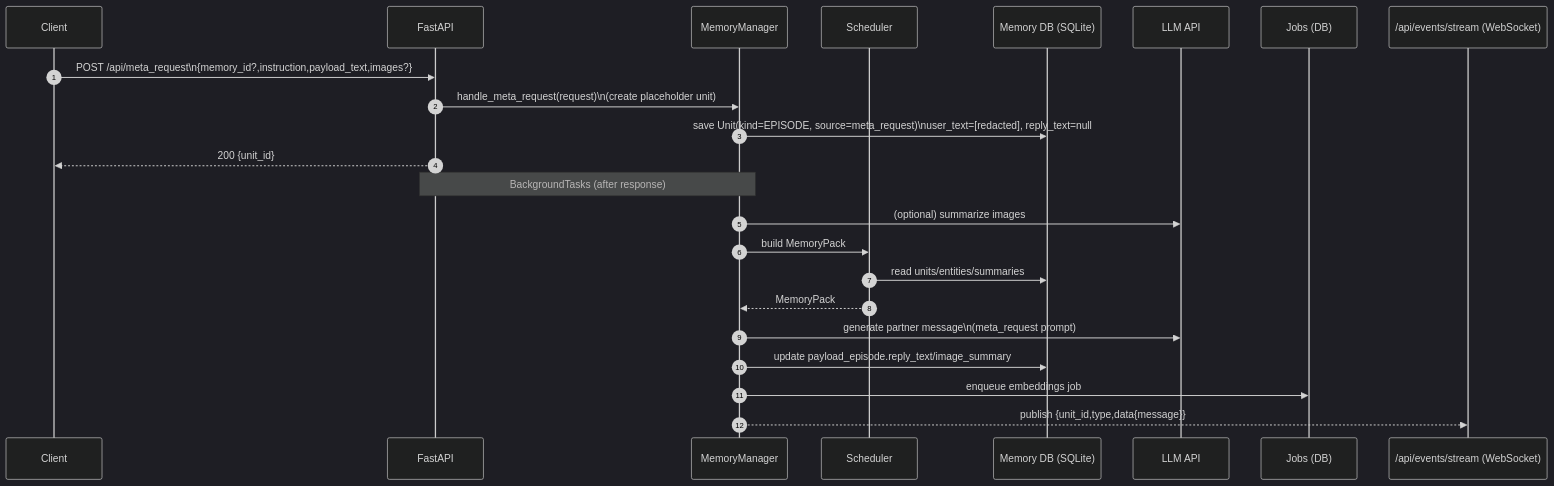
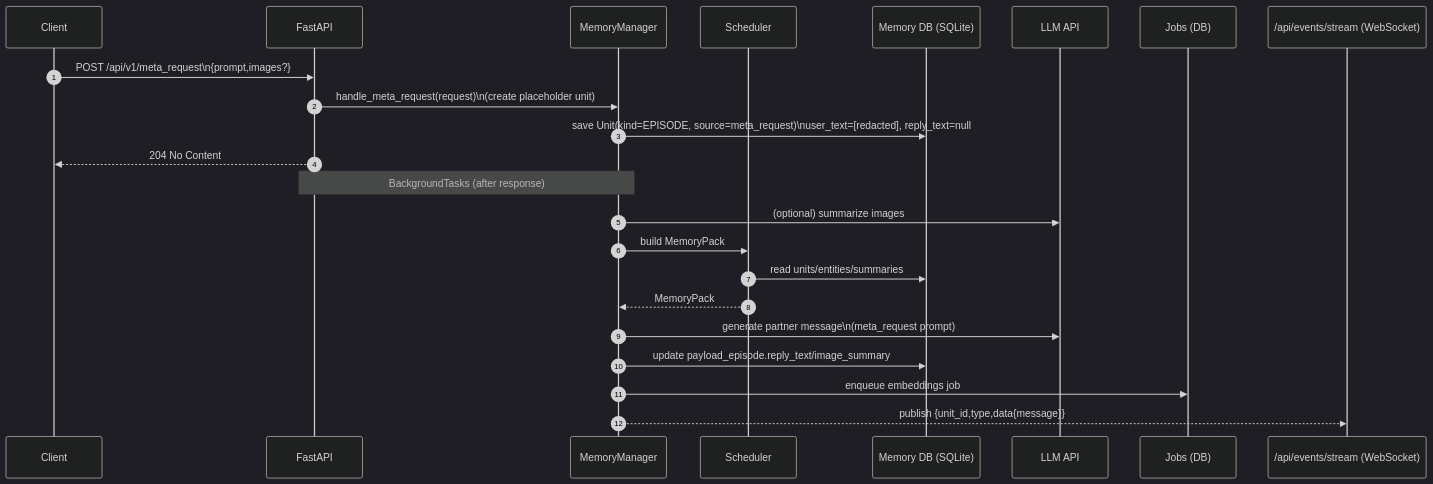
Before and after one commit to hirona98/cocoro_ghost: the third of 3 diagrams in docs/architecture.md, drawn with Mermaid (dark theme). The commit also changed other lines of this file and 4 other files, not shown here.

````diff
--- a/docs/architecture.md
+++ b/docs/architecture.md
@@ -101,26 +101,26 @@
 ```mermaid
 sequenceDiagram
   autonumber
   participant UI as Client
   participant API as FastAPI
   participant MM as MemoryManager
   participant SCH as Scheduler
   participant DB as Memory DB (SQLite)
   participant LLM as LLM API
   participant Q as Jobs (DB)
   participant WS as /api/events/stream (WebSocket)
 
-  UI->>API: POST /api/meta_request\n{memory_id?,instruction,payload_text,images?}
+  UI->>API: POST /api/v1/meta_request\n{prompt,images?}
   API->>MM: handle_meta_request(request)\n(create placeholder unit)
   MM->>DB: save Unit(kind=EPISODE, source=meta_request)\nuser_text=[redacted], reply_text=null
-  API-->>UI: 200 {unit_id}
+  API-->>UI: 204 No Content
   Note over API,MM: BackgroundTasks (after response)
   MM->>LLM: (optional) summarize images
   MM->>SCH: build MemoryPack
   SCH->>DB: read units/entities/summaries
   SCH-->>MM: MemoryPack
   MM->>LLM: generate partner message\n(meta_request prompt)
   MM->>DB: update payload_episode.reply_text/image_summary
   MM->>Q: enqueue embeddings job
   MM-->>WS: publish {unit_id,type,data{message}}
 ```
````
